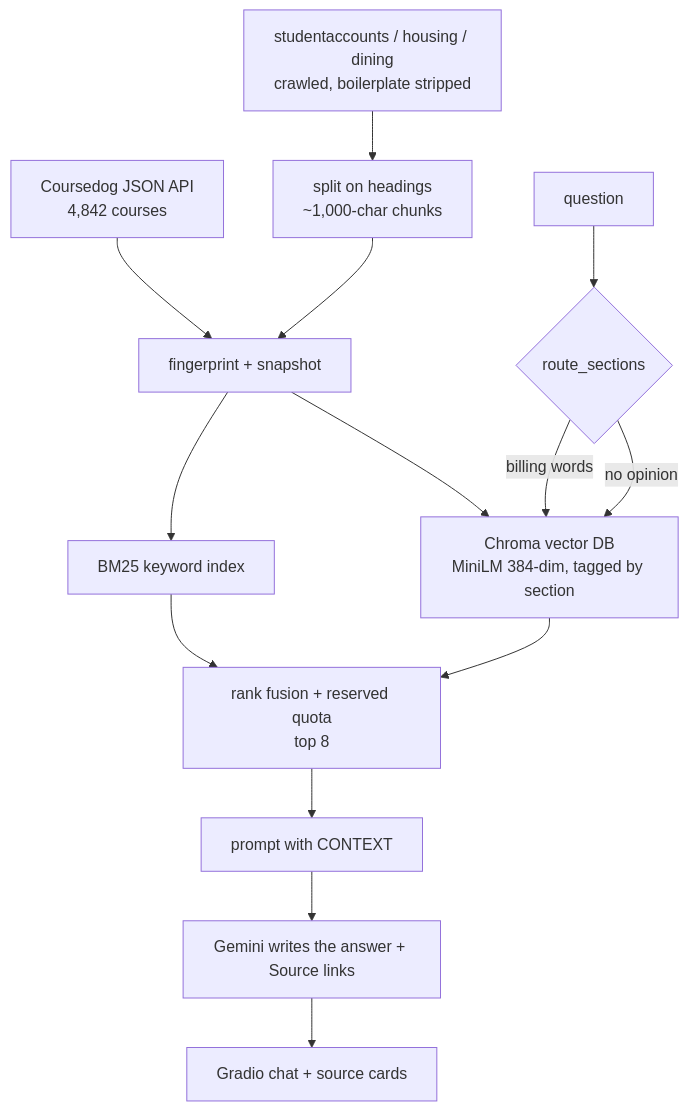
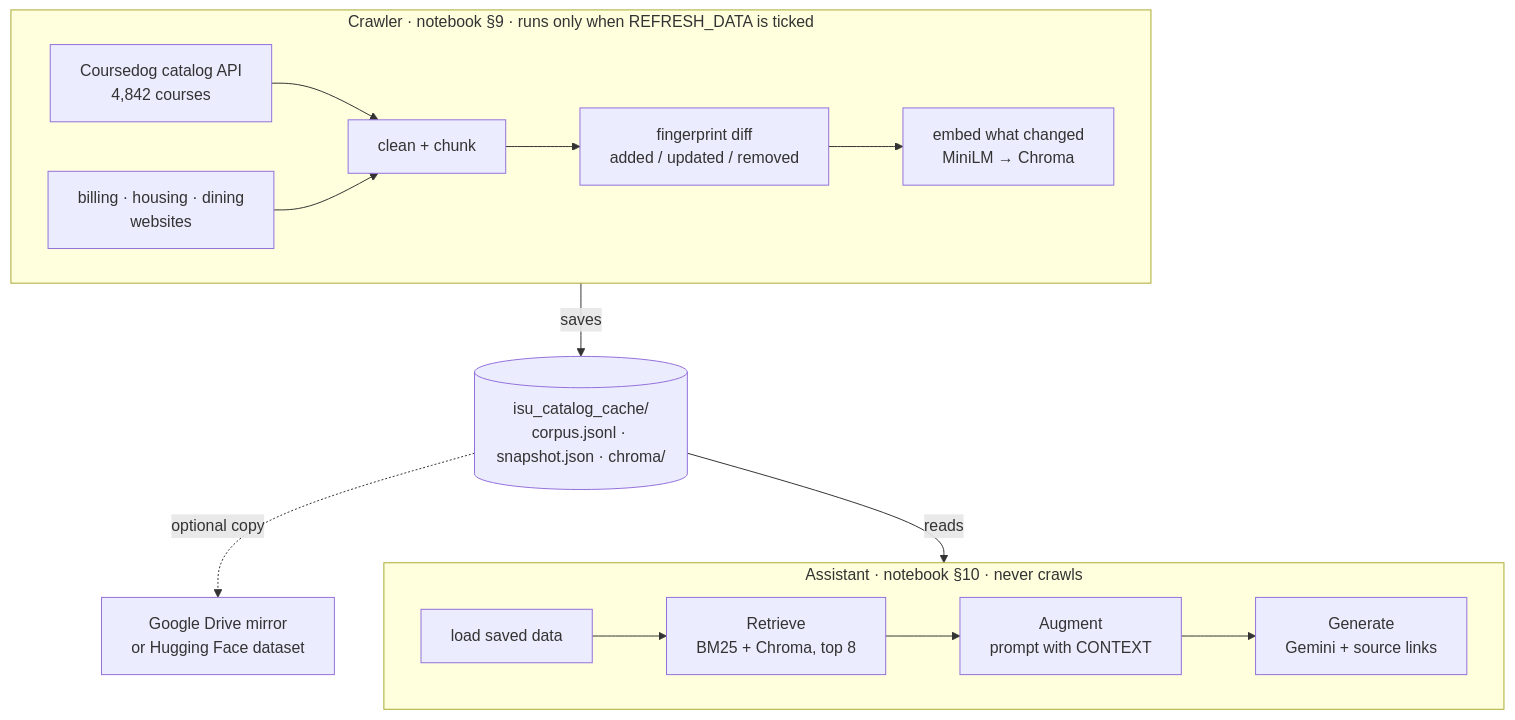
Before and after one commit to JakoBob123/ISU-Campus-Assistant: the diagram in README.md, drawn with Mermaid. The commit also changed other lines of this file, not shown here.

````diff
--- a/README.md
+++ b/README.md
@@ -43,16 +61,20 @@
 ```mermaid
 flowchart TD
-  A[Coursedog JSON API<br/>4,842 courses] --> C[fingerprint + snapshot]
-  B[studentaccounts / housing / dining<br/>crawled, boilerplate stripped] --> B2[split on headings<br/>~1,000-char chunks]
-  B2 --> C
-  C --> D[BM25 keyword index]
-  C --> E[Chroma vector DB<br/>MiniLM 384-dim, tagged by section]
-  F[question] --> R{route_sections}
-  R -->|billing words| E
-  R -->|no opinion| E
-  D --> G[rank fusion + reserved quota<br/>top 8]
-  E --> G
-  G --> H[prompt with CONTEXT]
-  H --> I[Gemini writes the answer + Source links]
-  I --> J[Gradio chat + source cards]
+  subgraph crawler["Crawler · notebook §9 · runs only when REFRESH_DATA is ticked"]
+    direction LR
+    A["Coursedog catalog API<br/>4,842 courses"] --> C["clean + chunk"]
+    B["billing · housing · dining<br/>websites"] --> C
+    C --> D["fingerprint diff<br/>added / updated / removed"]
+    D --> E["embed what changed<br/>MiniLM → Chroma"]
+  end
+  F[("isu_catalog_cache/<br/>corpus.jsonl · snapshot.json · chroma/")]
+  subgraph assistant["Assistant · notebook §10 · never crawls"]
+    direction LR
+    G["load saved data"] --> H["Retrieve<br/>BM25 + Chroma, top 8"]
+    H --> I["Augment<br/>prompt with CONTEXT"]
+    I --> J["Generate<br/>Gemini + source links"]
+  end
+  crawler -->|saves| F
+  F -->|reads| assistant
+  F -.->|optional copy| X["Google Drive mirror<br/>or Hugging Face dataset"]
 ```
````
